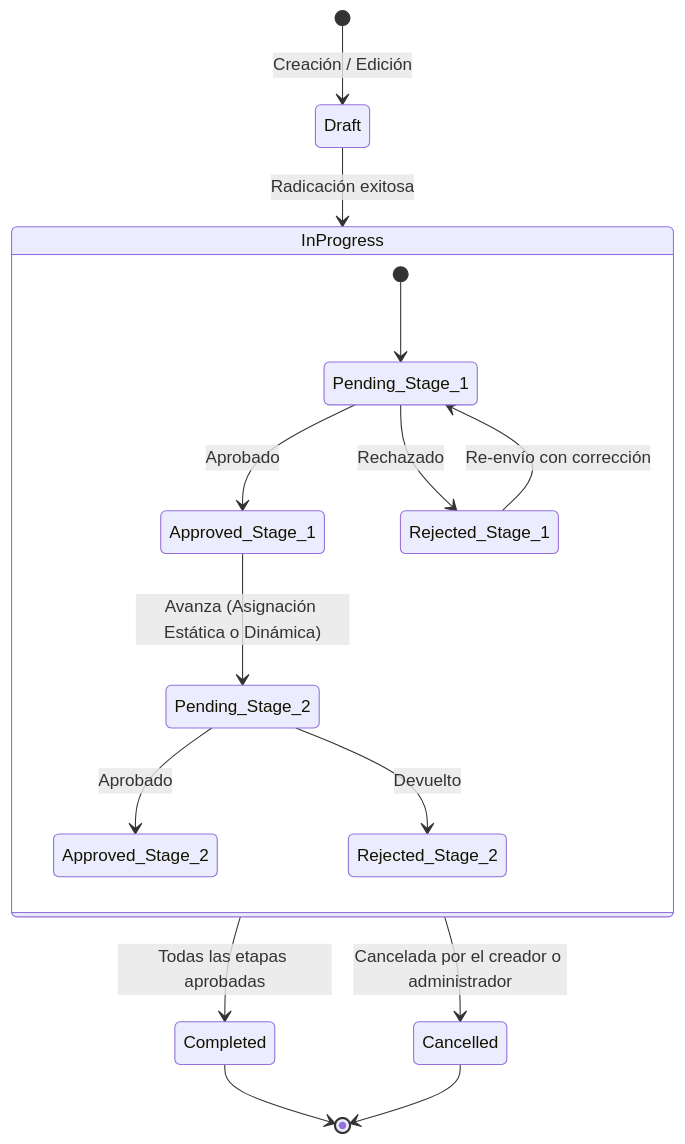
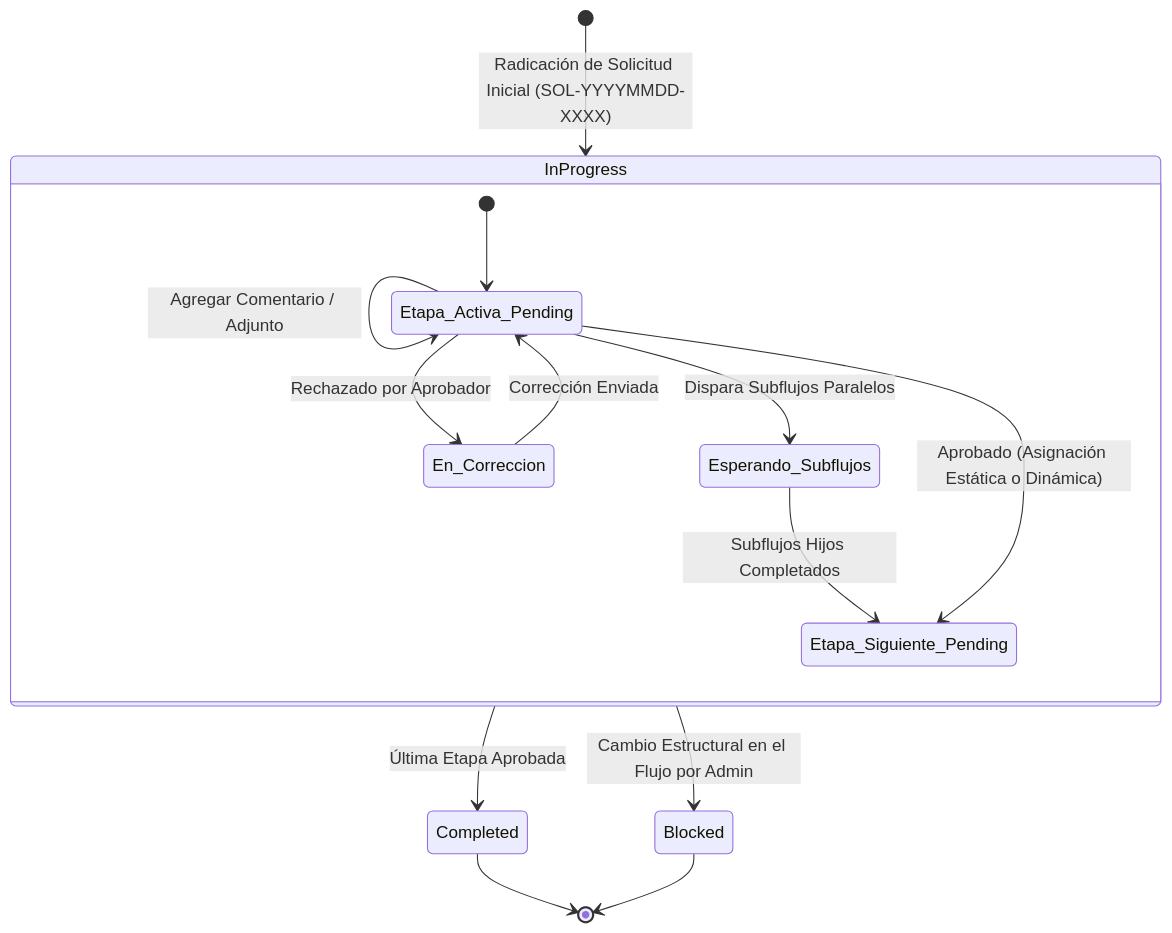
One commit to RDiaZ-2025/front-conciliaciones changed the fifth of 5 diagrams in README.md. Above: the diagram before and after it, drawn with Mermaid. The commit also changed other lines of this file, not shown here.

````diff
--- a/README.md
+++ b/README.md
@@ -411,22 +640,19 @@
 ```mermaid
 stateDiagram-v2
-    [*] --> Draft: Creación / Edición
-    Draft --> InProgress: Radicación exitosa
+    [*] --> InProgress: Radicación de Solicitud Inicial (SOL-YYYYMMDD-XXXX)
     
     state InProgress {
-        [*] --> Pending_Stage_1
-        Pending_Stage_1 --> Approved_Stage_1: Aprobado
-        Pending_Stage_1 --> Rejected_Stage_1: Rechazado
-        
-        Rejected_Stage_1 --> Pending_Stage_1: Re-envío con corrección
-        
-        Approved_Stage_1 --> Pending_Stage_2: Avanza (Asignación Estática o Dinámica)
-        Pending_Stage_2 --> Approved_Stage_2: Aprobado
-        Pending_Stage_2 --> Rejected_Stage_2: Devuelto
+        [*] --> Etapa_Activa_Pending
+        Etapa_Activa_Pending --> Etapa_Activa_Pending: Agregar Comentario / Adjunto
+        Etapa_Activa_Pending --> Esperando_Subflujos: Dispara Subflujos Paralelos
+        Esperando_Subflujos --> Etapa_Siguiente_Pending: Subflujos Hijos Completados
+        Etapa_Activa_Pending --> En_Correccion: Rechazado por Aprobador
+        En_Correccion --> Etapa_Activa_Pending: Corrección Enviada
+        Etapa_Activa_Pending --> Etapa_Siguiente_Pending: Aprobado (Asignación Estática o Dinámica)
     }
-    
-    InProgress --> Completed: Todas las etapas aprobadas
-    InProgress --> Cancelled: Cancelada por el creador o administrador
+
+    InProgress --> Completed: Última Etapa Aprobada
+    InProgress --> Blocked: Cambio Estructural en el Flujo por Admin
     Completed --> [*]
-    Cancelled --> [*]
+    Blocked --> [*]
 ```
````
